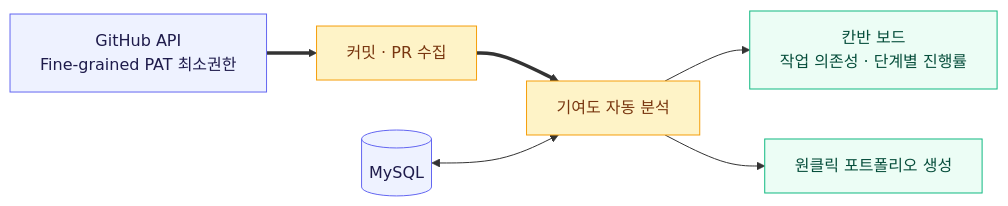
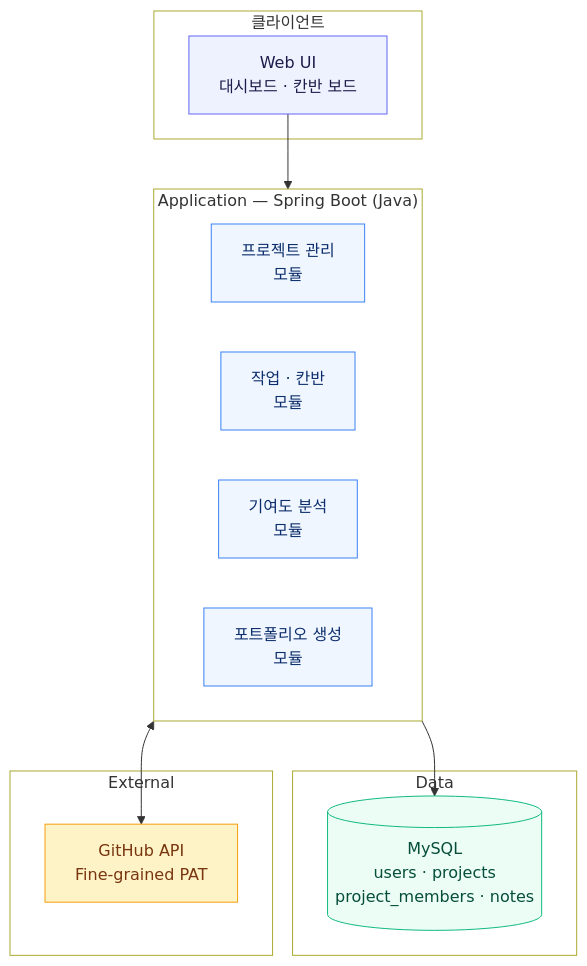
The fifth of 5 diagrams in PORTFOLIO.md (cjm0423/cjm0423), drawn with Mermaid before and after one commit.

````diff
--- a/PORTFOLIO.md
+++ b/PORTFOLIO.md
@@ -259,17 +257,41 @@
 ```mermaid
-flowchart LR
-    GH["GitHub API<br/>Fine-grained PAT 최소권한"] ==> COL["커밋 · PR 수집"]
-    COL ==> ANL["기여도 자동 분석"]
-    ANL --> KB["칸반 보드<br/>작업 의존성 · 단계별 진행률"]
-    ANL --> PF["원클릭 포트폴리오 생성"]
+flowchart TB
+    subgraph CLIENT["클라이언트"]
+        WEB["Web UI<br/>대시보드 · 칸반 보드"]
+    end
  
-    DB[("MySQL")] <--> ANL
+    subgraph APP["Application — Spring Boot (Java)"]
+        direction LR
+        M1["프로젝트 관리<br/>모듈"]
+        M2["작업 · 칸반<br/>모듈"]
+        M3["기여도 분석<br/>모듈"]
+        M4["포트폴리오 생성<br/>모듈"]
+    end
  
-    classDef src fill:#eef2ff,stroke:#6366f1,color:#1e1b4b
-    classDef proc fill:#fef3c7,stroke:#f59e0b,color:#78350f
-    classDef out fill:#ecfdf5,stroke:#10b981,color:#064e3b
+    subgraph DATA["Data"]
+        DB[("MySQL<br/>users · projects<br/>project_members · notes")]
+    end
  
-    class GH,DB src
-    class COL,ANL proc
-    class KB,PF out
+    subgraph EXT["External"]
+        GH["GitHub API<br/>Fine-grained PAT"]
+    end
+ 
+    WEB --> APP
+    APP --> DB
+    M3 <--> GH
+ 
+    style CLIENT fill:transparent
+    style APP fill:transparent
+    style DATA fill:transparent
+    style EXT fill:transparent
+ 
+    classDef client fill:#eef2ff,stroke:#6366f1,color:#1e1b4b
+    classDef app fill:#eff6ff,stroke:#3b82f6,color:#0c2d6b
+    classDef data fill:#ecfdf5,stroke:#10b981,color:#064e3b
+    classDef ext fill:#fef3c7,stroke:#f59e0b,color:#78350f
+ 
+    class WEB client
+    class M1,M2,M3,M4 app
+    class DB data
+    class GH ext
 ```
````
